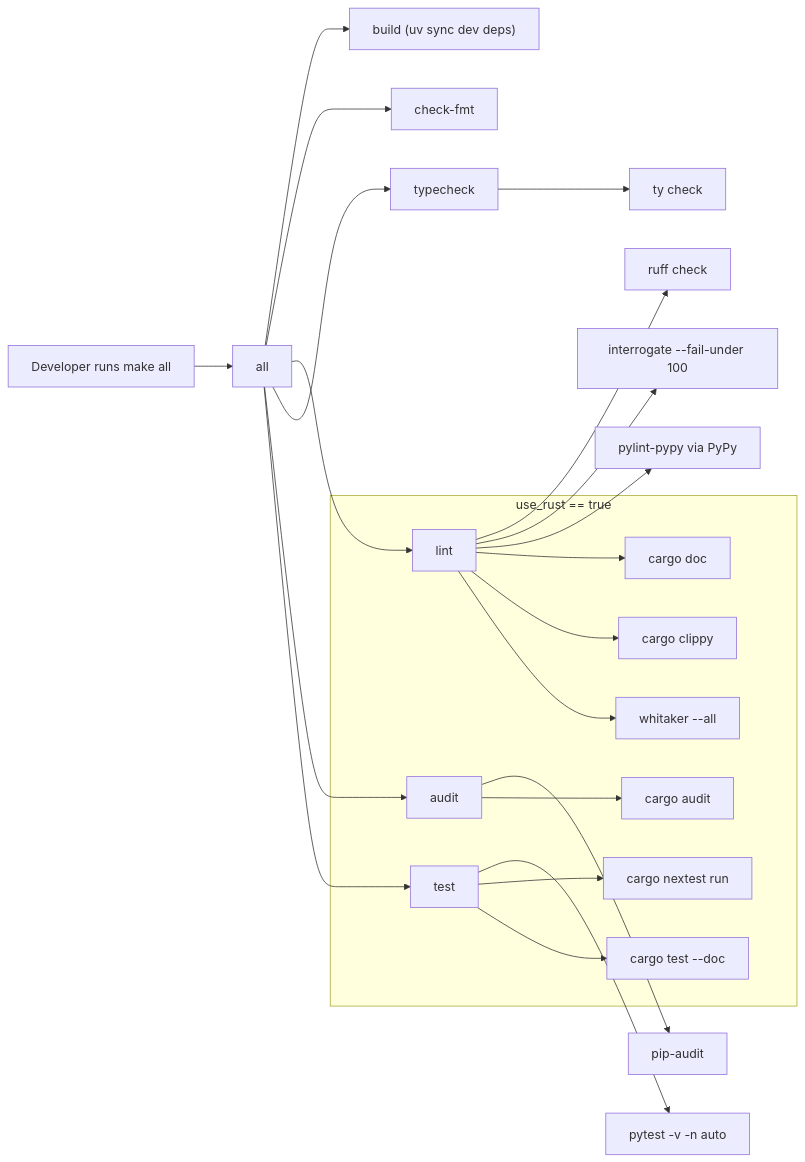
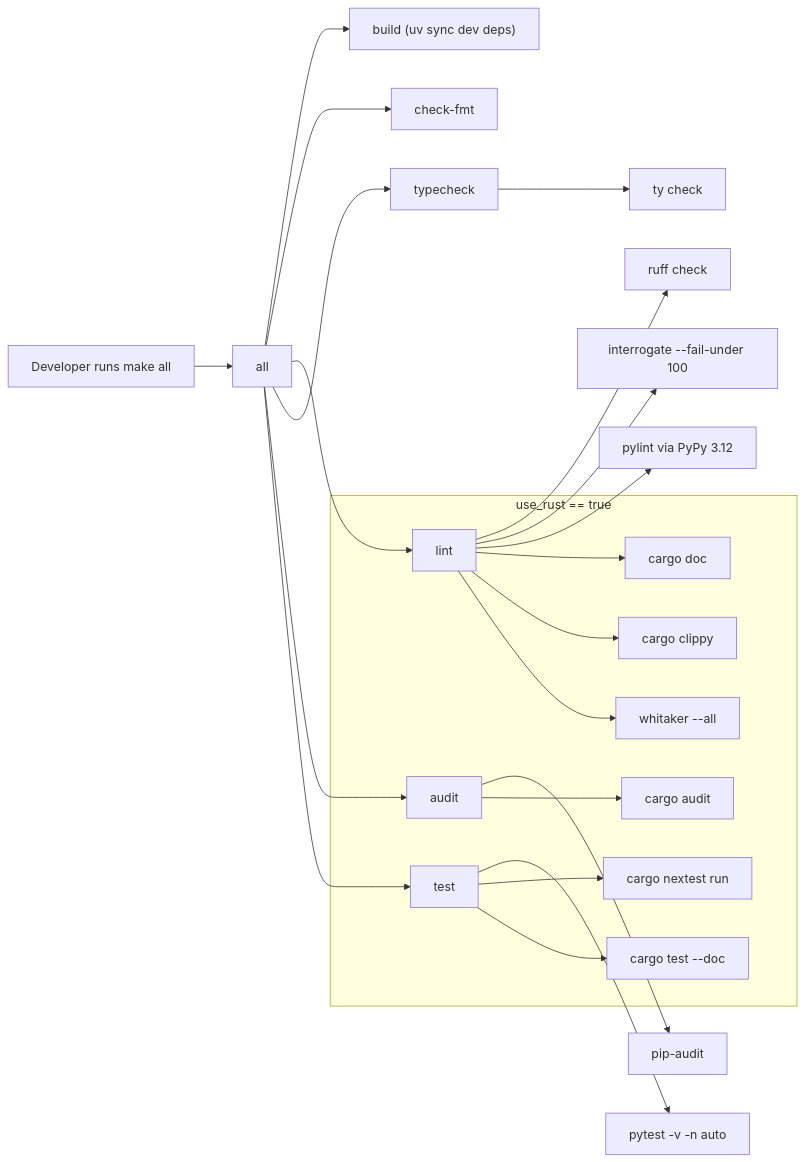
The diagram in README.md (leynos/agent-template-python), drawn with Mermaid before and after one commit. The commit also changed 6 other files, not shown here.

````diff
--- a/README.md
+++ b/README.md
@@ -48,26 +48,26 @@
 ```mermaid
 flowchart LR
     Dev[Developer runs make all] --> All[all]
     All --> Build["build (uv sync dev deps)"]
     All --> CheckFmt[check-fmt]
     All --> Lint[lint]
     All --> Typecheck[typecheck]
     All --> Audit[audit]
     All --> Test[test]
 
     Lint --> RuffCheck[ruff check]
     Lint --> Interrogate[interrogate --fail-under 100]
-    Lint --> PylintPyPy[pylint-pypy via PyPy]
+    Lint --> PylintPyPy[pylint via PyPy 3.12]
     Typecheck --> TyCheck[ty check]
     Audit --> PipAudit[pip-audit]
     Test --> Pytest[pytest -v -n auto]
 
     subgraph Rust_extension_enabled[use_rust == true]
         Lint --> RustDoc[cargo doc]
         Lint --> Clippy[cargo clippy]
         Lint --> Whitaker[whitaker --all]
         Audit --> CargoAudit[cargo audit]
         Test --> Nextest[cargo nextest run]
         Test --> RustDocTests[cargo test --doc]
     end
 ```
````
